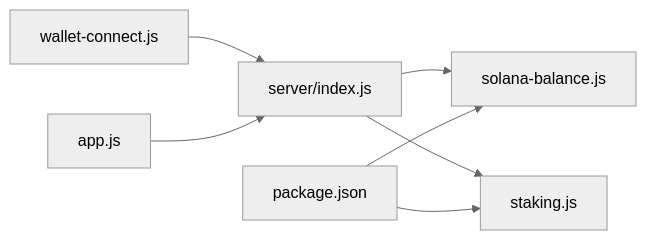
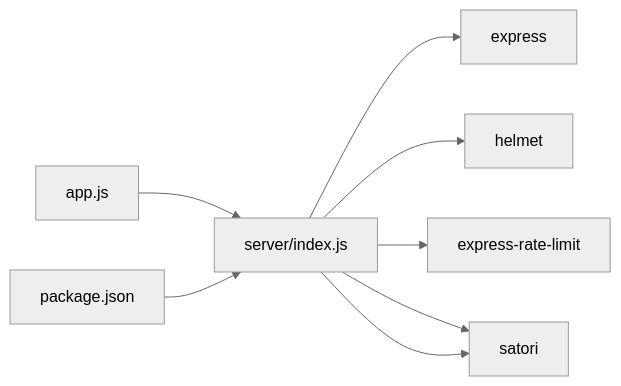
The fifth of 5 diagrams in .qoder/repowiki/en/content/Blockchain Integration/Blockchain Integration.md (RunTimeAdmin/tri-ai), drawn with Mermaid (neutral theme) before and after one commit. The commit also changed other lines of this file and 46 other files, not shown here.

````diff
--- a/.qoder/repowiki/en/content/Blockchain Integration/Blockchain Integration.md
+++ b/.qoder/repowiki/en/content/Blockchain Integration/Blockchain Integration.md
@@ -251,9 +158,10 @@
 ```mermaid
 graph LR
-WC["wallet-connect.js"] --> IDX["server/index.js"]
-APP["app.js"] --> IDX
-IDX --> BAL["solana-balance.js"]
-IDX --> STK["staking.js"]
-PKG["package.json"] --> BAL
-PKG --> STK
+APP["app.js"] --> IDX["server/index.js"]
+PKG["package.json"] --> IDX
+IDX --> Express["express"]
+IDX --> Helmet["helmet"]
+IDX --> RateLimit["express-rate-limit"]
+IDX --> Satori["@resvg/resvg-js"]
+IDX --> Satori["satori"]
 ```
````
